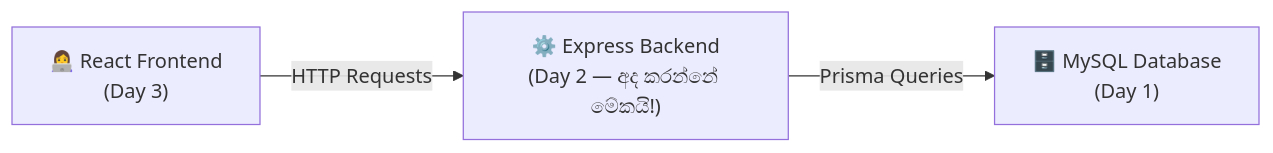
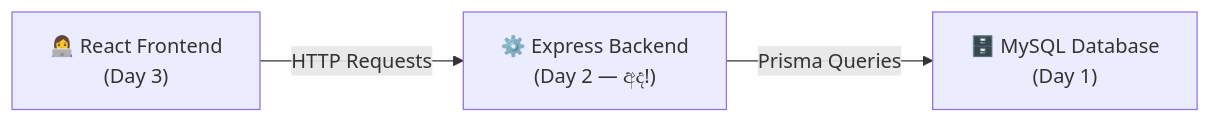
Before and after one commit to Nimsika-Bosilu/designHer_2.0-Student-Attendance-Management-System: the first of 33 diagrams in backend/sinhala-translation-document/README.md, drawn with Mermaid. The commit also changed other lines of this file and 28 other files, not shown here.

````diff
--- a/backend/sinhala-translation-document/README.md
+++ b/backend/sinhala-translation-document/README.md
@@ -36,5 +17,5 @@
 ```mermaid
 flowchart LR
-    A["👩‍💻 React Frontend\n(Day 3)"] -->|"HTTP Requests"| B["⚙️ Express Backend\n(Day 2 — අද කරන්නේ මේකයි!)"]
+    A["👩‍💻 React Frontend\n(Day 3)"] -->|"HTTP Requests"| B["⚙️ Express Backend\n(Day 2 — අද!)"]
     B -->|"Prisma Queries"| C["🗄️ MySQL Database\n(Day 1)"]
 ```
````
